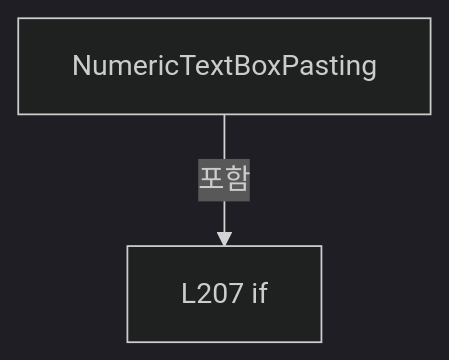
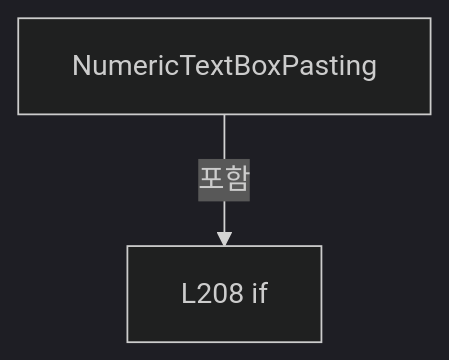
The sixth of 9 diagrams in A3 LD Code Ref/files/Drilling.UI/Popup/CShiftOffsetDialog.xaml.cs.md (kjuws10-rgb/Shared), drawn with Mermaid (dark theme) before and after one commit. The commit also changed other lines of this file and 1984 other files, not shown here.

Commit message:
docs(a3): update 11.17.0 architecture and complete code reference

````diff
--- a/A3 LD Code Ref/files/Drilling.UI/Popup/CShiftOffsetDialog.xaml.cs.md
+++ b/A3 LD Code Ref/files/Drilling.UI/Popup/CShiftOffsetDialog.xaml.cs.md
@@ -933,6 +954,6 @@
 ```mermaid
 flowchart TD
  M["NumericTextBoxPasting"]
- N0["L207 if"]
+ N0["L208 if"]
  M -->|포함| N0
 ```
````
